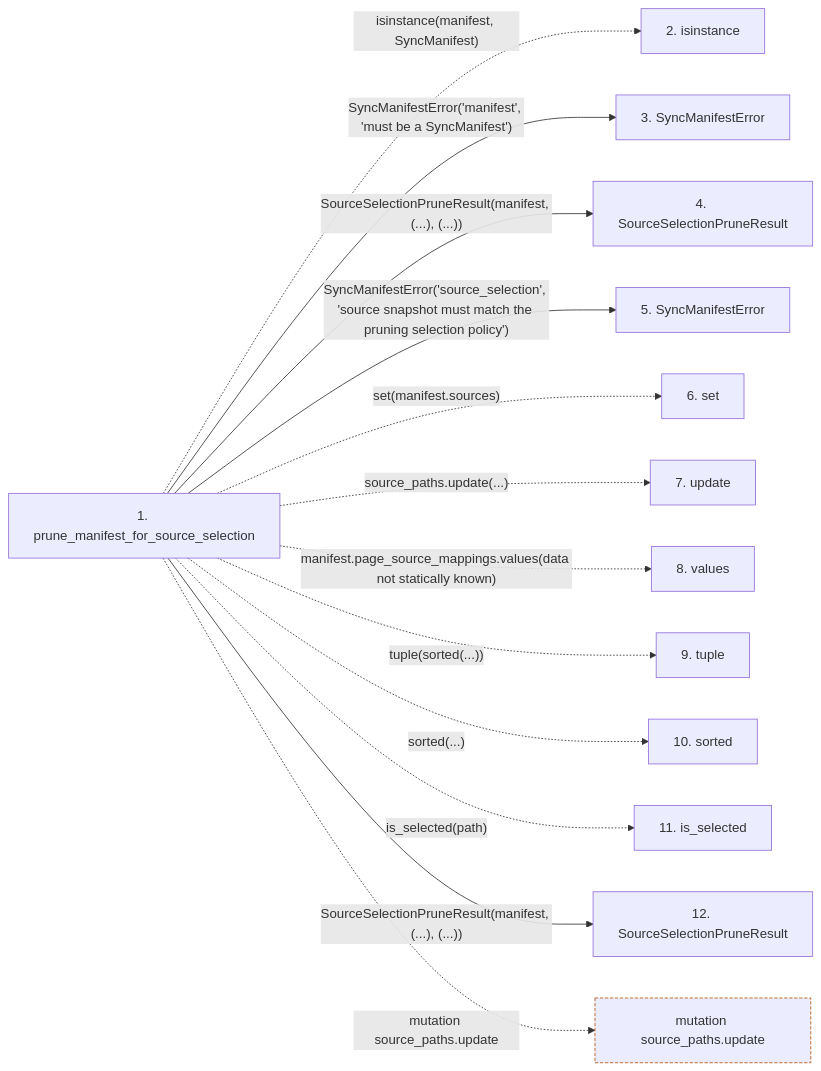
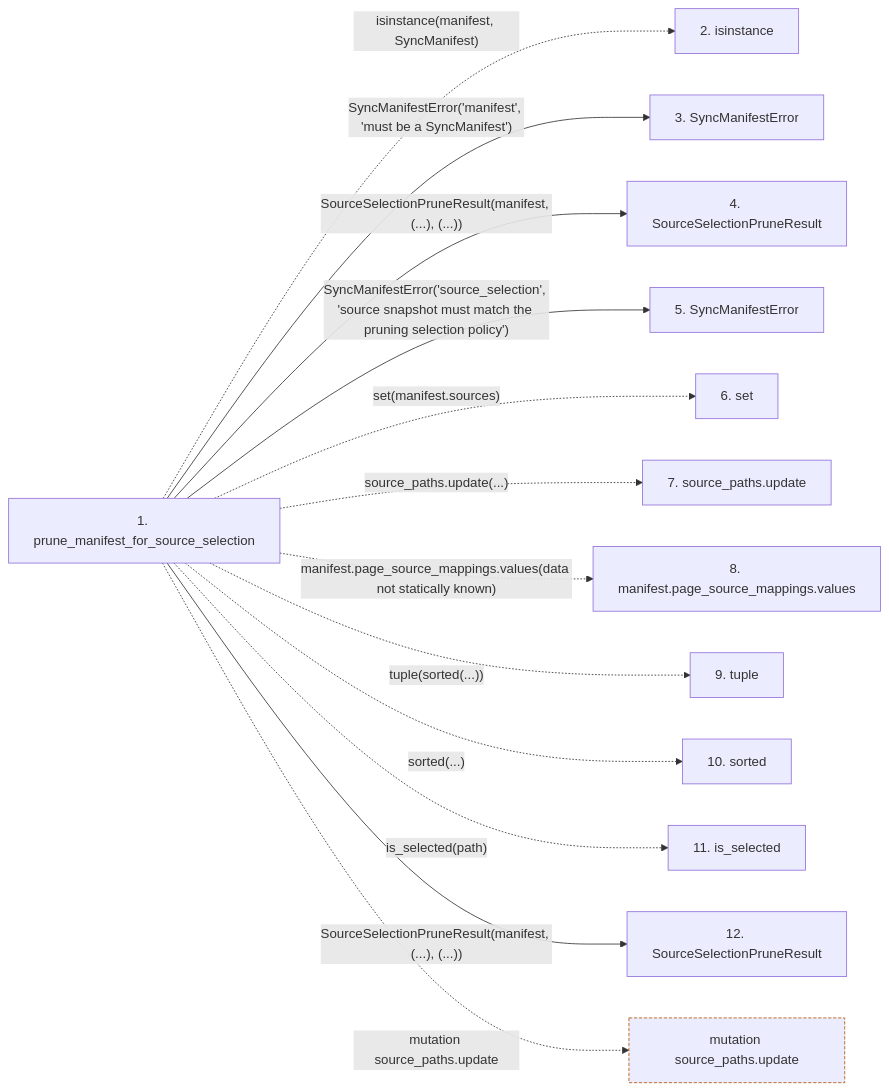
The second of 2 diagrams in docs/llm_wiki/flows/api-prune_manifest_for_source_selection.md (Denissvgn/python-wiki-llm), drawn with Mermaid before and after one commit. The commit also changed other lines of this file and 719 other files, not shown here.

````diff
--- a/docs/llm_wiki/flows/api-prune_manifest_for_source_selection.md
+++ b/docs/llm_wiki/flows/api-prune_manifest_for_source_selection.md
@@ -54,35 +57,35 @@
 ```mermaid
 flowchart LR
     s1["1. prune_manifest_for_source_selection"]
     s2["2. isinstance"]
     s3["3. SyncManifestError"]
     s4["4. SourceSelectionPruneResult"]
     s5["5. SyncManifestError"]
     s6["6. set"]
-    s7["7. update"]
-    s8["8. values"]
+    s7["7. source_paths.update"]
+    s8["8. manifest.page_source_mappings.values"]
     s9["9. tuple"]
     s10["10. sorted"]
     s11["11. is_selected"]
     s12["12. SourceSelectionPruneResult"]
     s1 -. "isinstance(manifest, SyncManifest)" .-> s2
     s1 -->|"SyncManifestError('manifest', 'must be a SyncManifest')"| s3
     s1 -->|"SourceSelectionPruneResult(manifest, (...), (...))"| s4
     s1 -->|"SyncManifestError('source_selection', 'source snapshot must match the pruning selection policy')"| s5
     s1 -. "set(manifest.sources)" .-> s6
     s1 -. "source_paths.update(...)" .-> s7
     s1 -. "manifest.page_source_mappings.values(data not statically known)" .-> s8
     s1 -. "tuple(sorted(...))" .-> s9
     s1 -. "sorted(...)" .-> s10
     s1 -. "is_selected(path)" .-> s11
     s1 -->|"SourceSelectionPruneResult(manifest, (...), (...))"| s12
     b0["mutation source_paths.update"]
     s1 -. "mutation source_paths.update" .-> b0
     click s1 "../modules/sync_manifest.md"
     click s3 "../modules/sync_manifest.md"
     click s4 "../modules/sync_manifest.md"
     click s5 "../modules/sync_manifest.md"
     click s12 "../modules/sync_manifest.md"
     classDef boundary stroke:#b45309,stroke-dasharray: 4 2
     class b0 boundary
 ```
````
